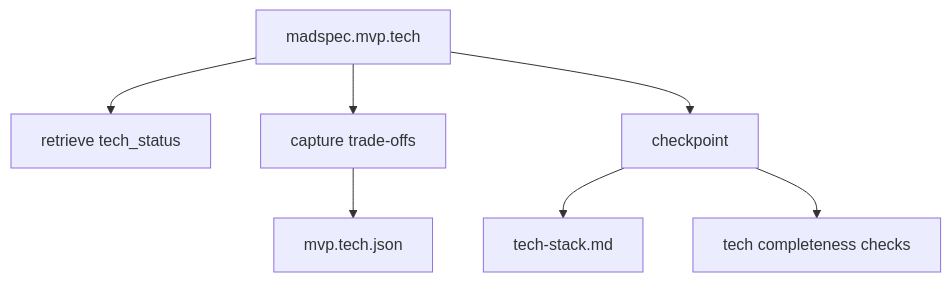
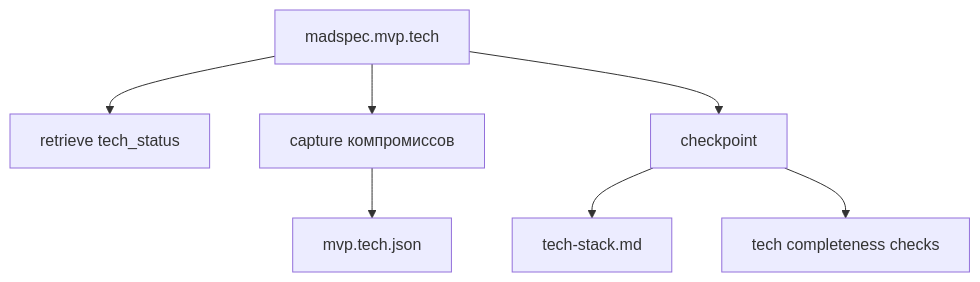
The first of 4 diagrams in docs/mvp/madspec.mvp.tech.md (MADTeacher/MADSpec), drawn with Mermaid before and after one commit. The commit also changed other lines of this file and 19 other files, not shown here.

````diff
--- a/docs/mvp/madspec.mvp.tech.md
+++ b/docs/mvp/madspec.mvp.tech.md
@@ -95,9 +95,9 @@
 ```mermaid
 flowchart TD
     A["madspec.mvp.tech"] --> R["retrieve tech_status"]
-    A --> C["capture trade-offs"]
+    A --> C["capture компромиссов"]
     C --> S["mvp.tech.json"]
     A --> K["checkpoint"]
     K --> G["tech-stack.md"]
     K --> V["tech completeness checks"]
 ```
````
